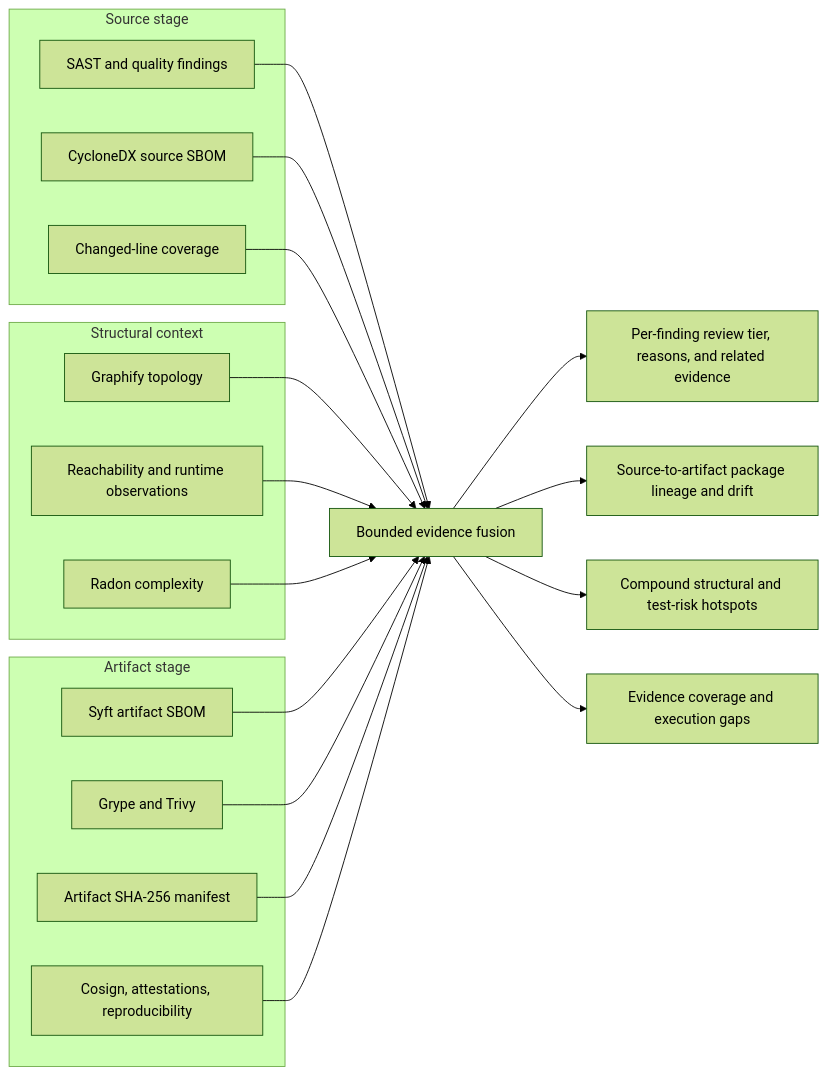
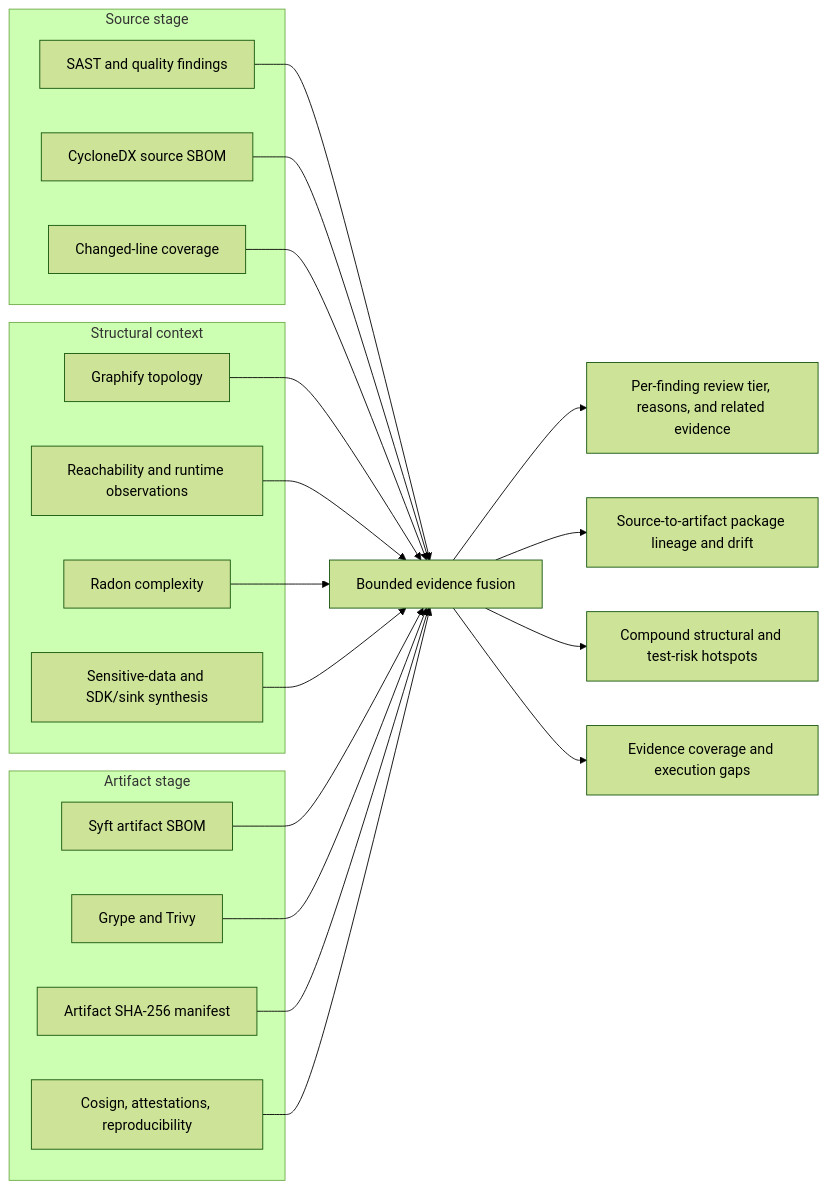
The diagram in docs/evidence-fusion.md (willtran87/project-py-security-suite), drawn with Mermaid (forest theme) before and after one commit. The commit also changed other lines of this file and 18 other files, not shown here.

Commit message:
Add sensitive data exposure analysis

````diff
--- a/docs/evidence-fusion.md
+++ b/docs/evidence-fusion.md
@@ -25,33 +26,35 @@
 ```mermaid
 flowchart LR
     subgraph Source["Source stage"]
         SAST["SAST and quality findings"]
         SourceSBOM["CycloneDX source SBOM"]
         Diff["Changed-line coverage"]
     end
     subgraph Structure["Structural context"]
         Graph["Graphify topology"]
         Reach["Reachability and runtime observations"]
         Complexity["Radon complexity"]
+        Exposure["Sensitive-data and SDK/sink synthesis"]
     end
     subgraph Artifact["Artifact stage"]
         ArtifactSBOM["Syft artifact SBOM"]
         Vuln["Grype and Trivy"]
         Manifest["Artifact SHA-256 manifest"]
         Provenance["Cosign, attestations, reproducibility"]
     end
     SAST --> Fusion["Bounded evidence fusion"]
     SourceSBOM --> Fusion
     Diff --> Fusion
     Graph --> Fusion
     Reach --> Fusion
     Complexity --> Fusion
+    Exposure --> Fusion
     ArtifactSBOM --> Fusion
     Vuln --> Fusion
     Manifest --> Fusion
     Provenance --> Fusion
     Fusion --> Finding["Per-finding review tier, reasons, and related evidence"]
     Fusion --> Lineage["Source-to-artifact package lineage and drift"]
     Fusion --> Hotspots["Compound structural and test-risk hotspots"]
     Fusion --> Lanes["Evidence coverage and execution gaps"]
 ```
````
